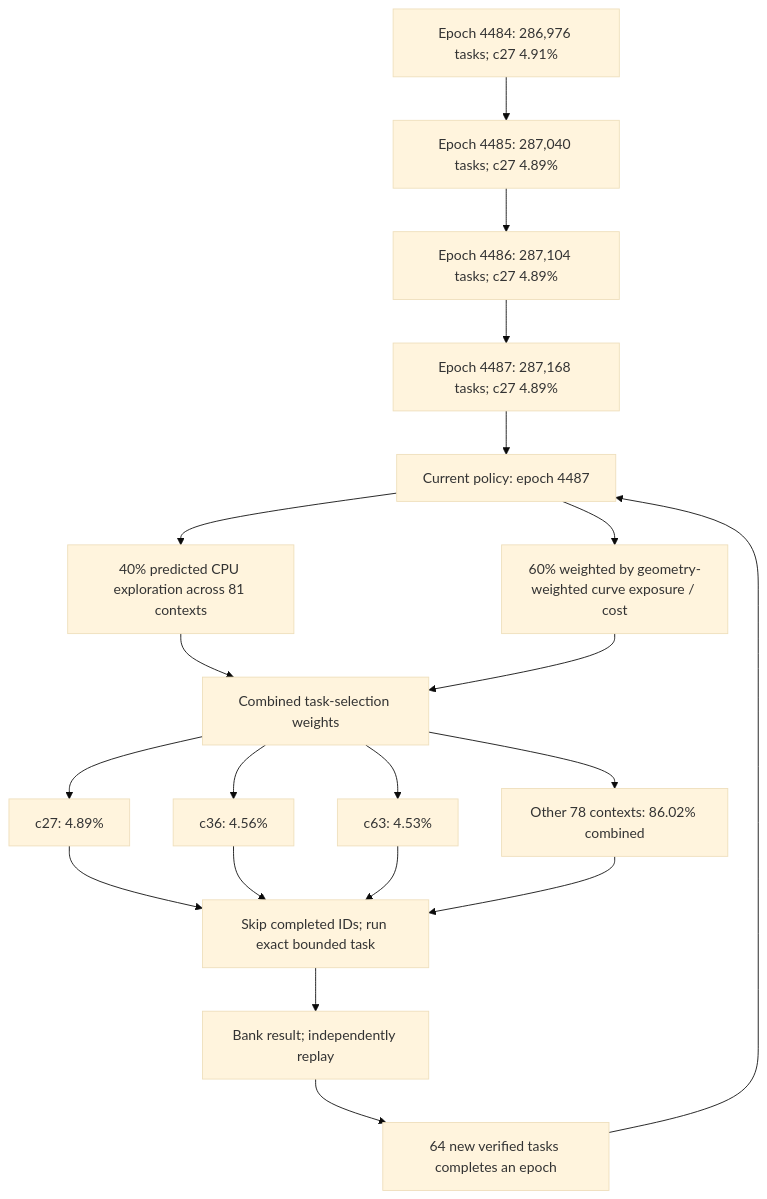
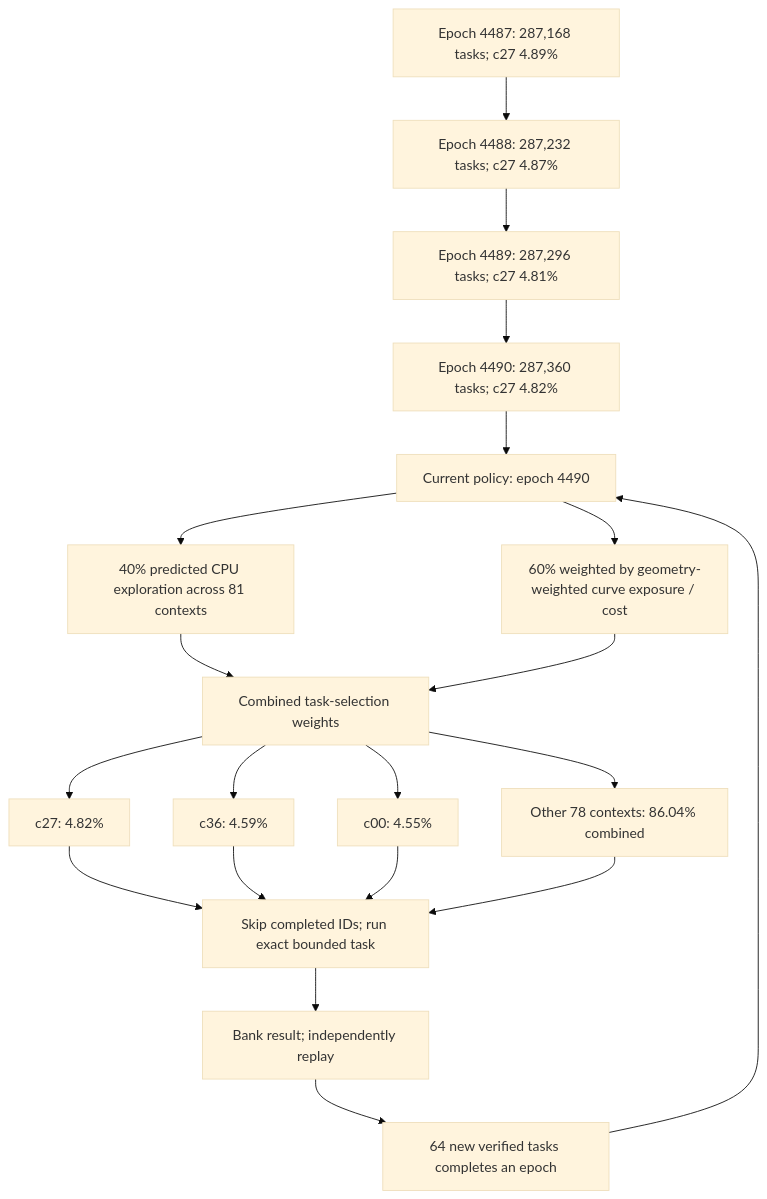
Before and after one commit to Kuberwastaken/math-gambling: the first of 3 diagrams in README.md, drawn with Mermaid (base theme). The commit also changed other lines of this file and 2597 other files, not shown here.

````diff
--- a/README.md
+++ b/README.md
@@ -60,27 +60,27 @@
 ```mermaid
 flowchart TD
-    H0["Epoch 4484: 286,976 tasks; c27 4.91%"]
-    H1["Epoch 4485: 287,040 tasks; c27 4.89%"]
+    H0["Epoch 4487: 287,168 tasks; c27 4.89%"]
+    H1["Epoch 4488: 287,232 tasks; c27 4.87%"]
     H0 --> H1
-    H2["Epoch 4486: 287,104 tasks; c27 4.89%"]
+    H2["Epoch 4489: 287,296 tasks; c27 4.81%"]
     H1 --> H2
-    H3["Epoch 4487: 287,168 tasks; c27 4.89%"]
+    H3["Epoch 4490: 287,360 tasks; c27 4.82%"]
     H2 --> H3
-    Policy["Current policy: epoch 4487"]
+    Policy["Current policy: epoch 4490"]
     H3 --> Policy
     Policy --> Explore["40% predicted CPU exploration across 81 contexts"]
     Policy --> Cost["60% weighted by geometry-weighted curve exposure / cost"]
     Explore --> Mix["Combined task-selection weights"]
     Cost --> Mix
-    Mix --> C0["c27: 4.89%"]
-    Mix --> C1["c36: 4.56%"]
-    Mix --> C2["c63: 4.53%"]
-    Mix --> Rest["Other 78 contexts: 86.02% combined"]
+    Mix --> C0["c27: 4.82%"]
+    Mix --> C1["c36: 4.59%"]
+    Mix --> C2["c00: 4.55%"]
+    Mix --> Rest["Other 78 contexts: 86.04% combined"]
     C0 --> Check["Skip completed IDs; run exact bounded task"]
     C1 --> Check
     C2 --> Check
     Rest --> Check
     Check --> Replay["Bank result; independently replay"]
     Replay --> Gate["64 new verified tasks completes an epoch"]
     Gate --> Policy
 ```
````
